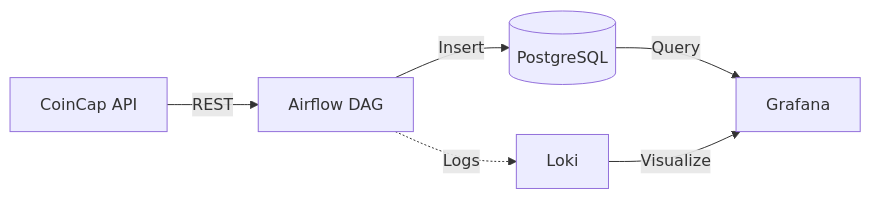
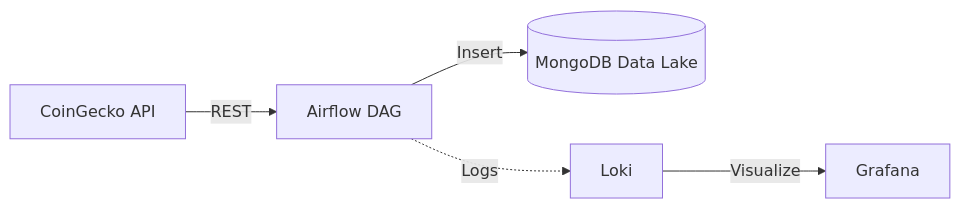
Before and after one commit to KerrianS/BigDataModelisation: the diagram in README.md, drawn with Mermaid. The commit also changed other lines of this file and 5 other files, not shown here.

Commit message:
feat: Establish initial ETL pipeline using Airflow, CoinGecko, and MongoDB, adding supporting scripts and updating project documentation.

````diff
--- a/README.md
+++ b/README.md
@@ -7,8 +11,7 @@
 ```mermaid
 graph LR
-    API[CoinCap API] -->|REST| A[Airflow DAG]
-    A -->|Insert| DB[(PostgreSQL)]
-    DB -->|Query| G[Grafana]
+    API[CoinGecko API] -->|REST| A[Airflow DAG]
+    A -->|Insert| DB[(MongoDB Data Lake)]
     A -.->|Logs| L[Loki]
-    L -->|Visualize| G
+    L -->|Visualize| G[Grafana]
 ```
````
